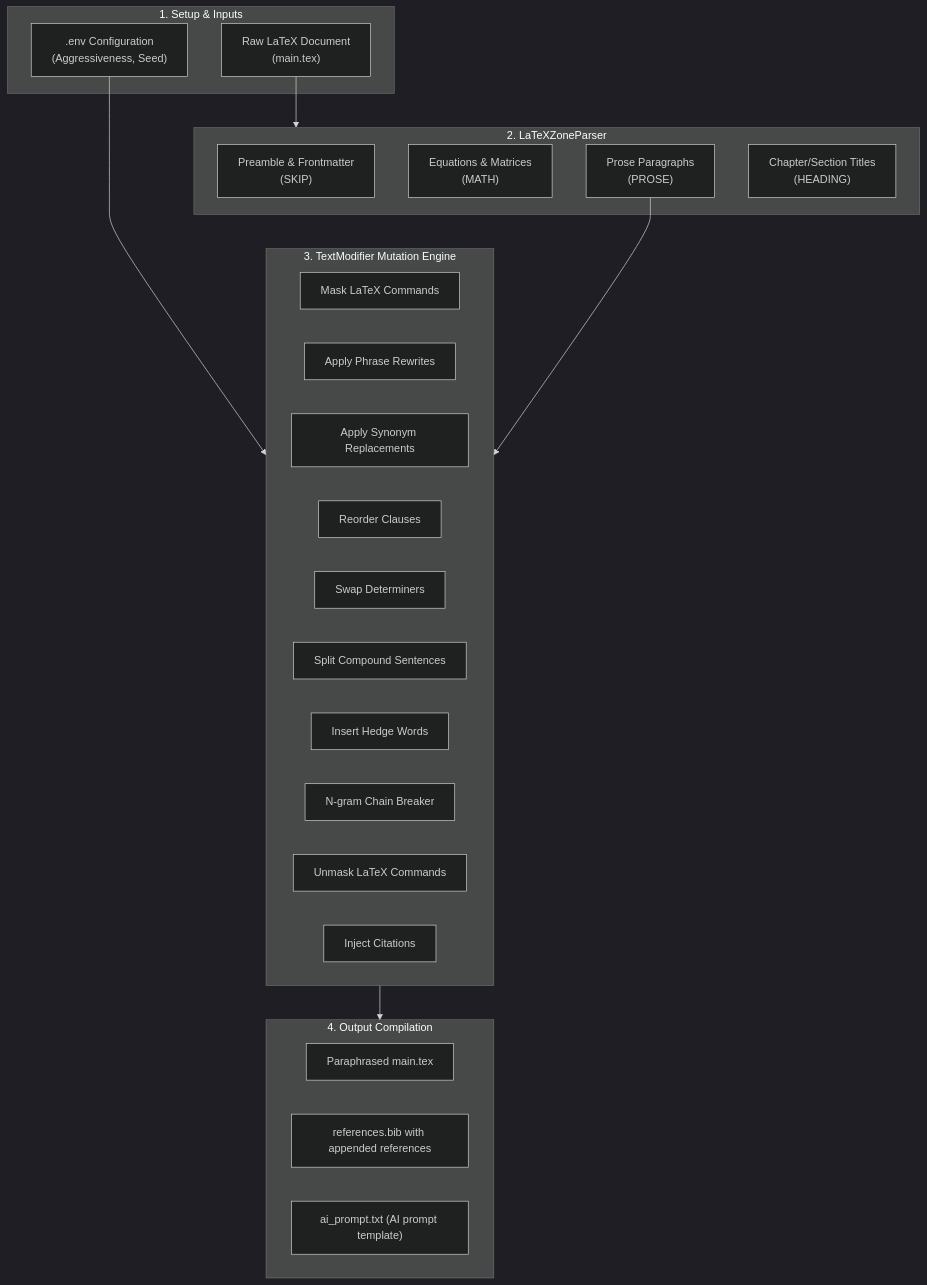
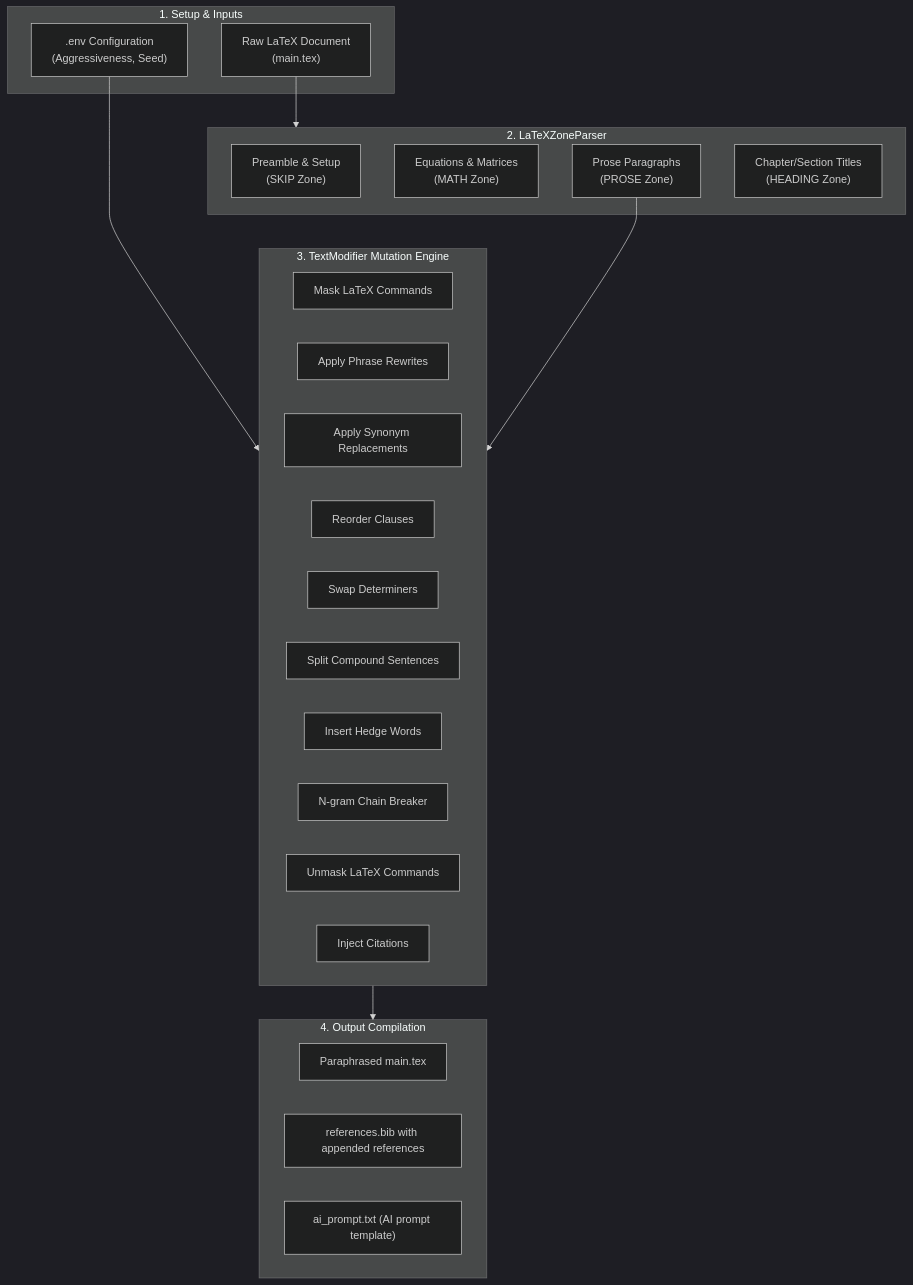
Before and after one commit to AhmadHassan-BTed/Turnitout: the first of 3 diagrams in README.md, drawn with Mermaid (dark theme). The commit also changed other lines of this file, not shown here.

Commit message:
Docs: Restructure README.md for visual clarity, moving architecture diagrams to system section and highlighting easy steps

````diff
--- a/README.md
+++ b/README.md
@@ -66,35 +138,35 @@
 ```mermaid
 flowchart TD
     subgraph Inputs ["1. Setup & Inputs"]
         Raw["Raw LaTeX Document\n(main.tex)"]
         Env[".env Configuration\n(Aggressiveness, Seed)"]
     end
     subgraph Parser ["2. LaTeXZoneParser"]
-        Z1["Preamble & Frontmatter\n(SKIP)"]
-        Z2["Equations & Matrices\n(MATH)"]
-        Z3["Prose Paragraphs\n(PROSE)"]
-        Z4["Chapter/Section Titles\n(HEADING)"]
+        Z1["Preamble & Setup\n(SKIP Zone)"]
+        Z2["Equations & Matrices\n(MATH Zone)"]
+        Z3["Prose Paragraphs\n(PROSE Zone)"]
+        Z4["Chapter/Section Titles\n(HEADING Zone)"]
     end
     subgraph Modifier ["3. TextModifier Mutation Engine"]
         PH["Mask LaTeX Commands"]
         PR["Apply Phrase Rewrites"]
         SR["Apply Synonym Replacements"]
         CO["Reorder Clauses"]
         DS["Swap Determiners"]
         CS["Split Compound Sentences"]
         HI["Insert Hedge Words"]
         NB["N-gram Chain Breaker"]
         UN["Unmask LaTeX Commands"]
         CI["Inject Citations"]
     end
     subgraph Output ["4. Output Compilation"]
         Mod["Paraphrased main.tex"]
         Bib["references.bib with appended references"]
         Prompt["ai_prompt.txt (AI prompt template)"]
     end
 
     Raw --> Parser
     Env --> Modifier
     Z3 --> Modifier
     Modifier --> Output
 ```
````
